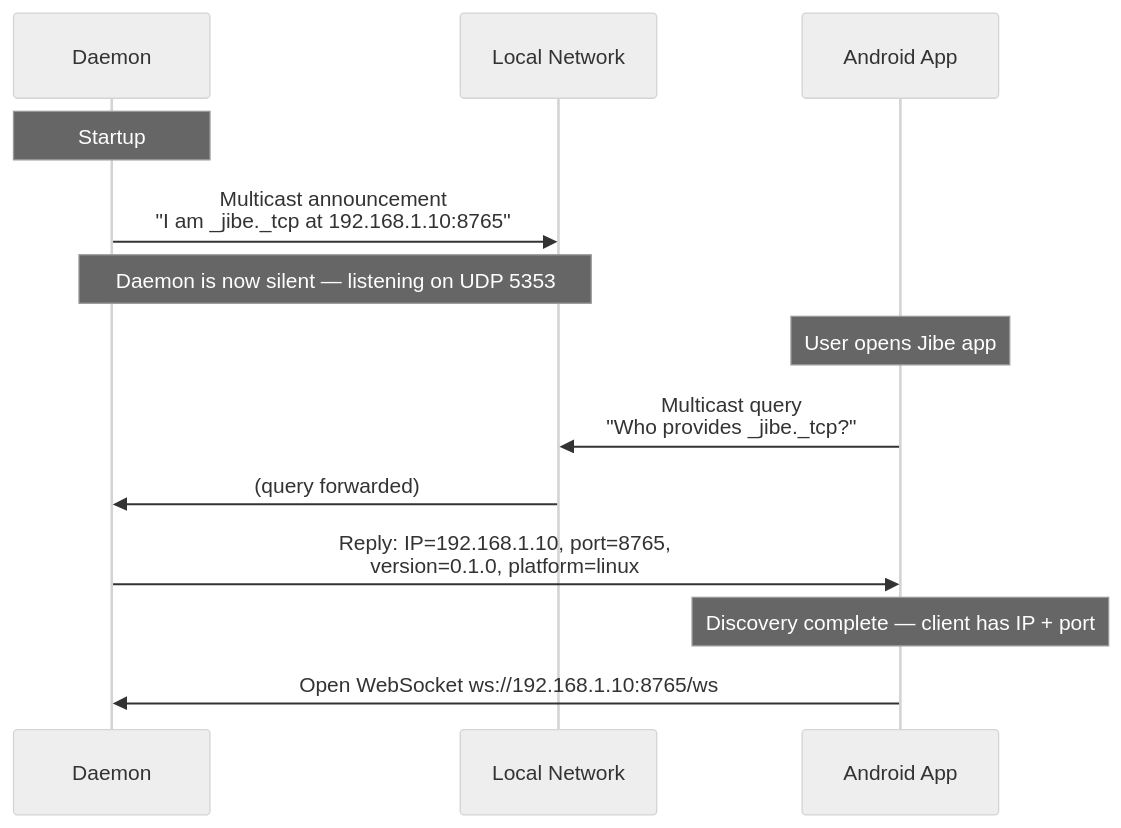
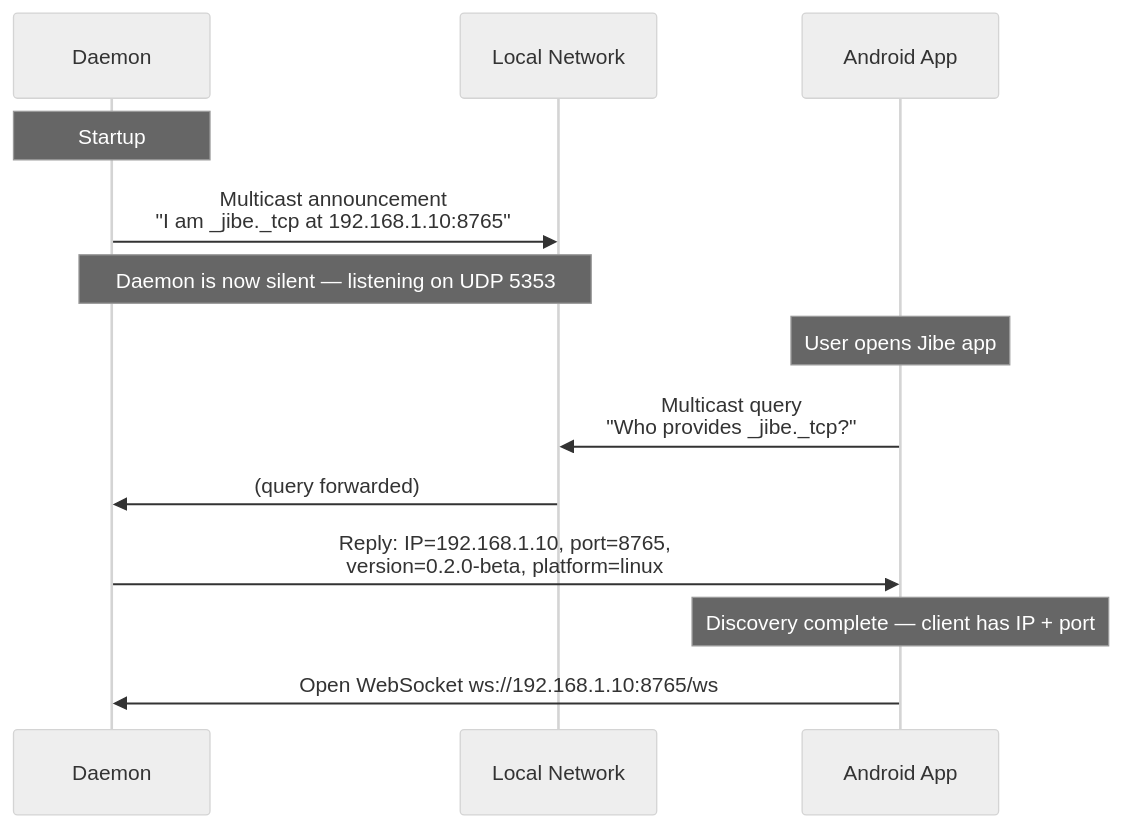
One commit to gobbledyglomp/jibe changed the first of 3 diagrams in docs/flows.md. Above: the diagram before and after it, drawn with Mermaid (neutral theme). The commit also changed 3 other files, not shown here.

````diff
--- a/docs/flows.md
+++ b/docs/flows.md
@@ -7,19 +7,19 @@
 ```mermaid
 sequenceDiagram
     participant Daemon
     participant LAN as Local Network
     participant Client as Android App
 
     Note over Daemon: Startup
     Daemon->>LAN: Multicast announcement<br/>"I am _jibe._tcp at 192.168.1.10:8765"
 
     Note over Daemon,LAN: Daemon is now silent — listening on UDP 5353
 
     Note over Client: User opens Jibe app
     Client->>LAN: Multicast query<br/>"Who provides _jibe._tcp?"
     LAN->>Daemon: (query forwarded)
-    Daemon->>Client: Reply: IP=192.168.1.10, port=8765,<br/>version=0.1.0, platform=linux
+    Daemon->>Client: Reply: IP=192.168.1.10, port=8765,<br/>version=0.2.0-beta, platform=linux
 
     Note over Client: Discovery complete — client has IP + port
     Client->>Daemon: Open WebSocket ws://192.168.1.10:8765/ws
 ```
````
